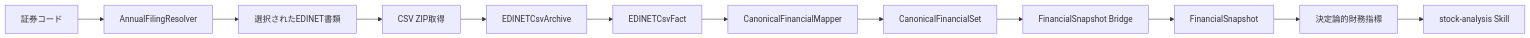
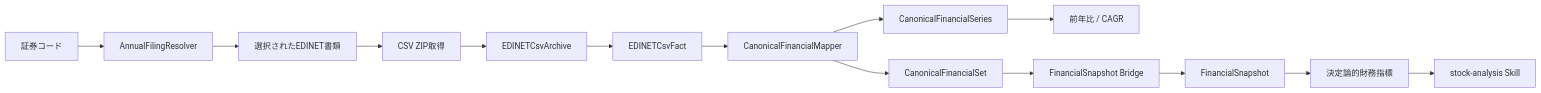
The diagram in docs/edinet-pipeline.ja.md (InvestorX/universal-stock-skill), drawn with Mermaid before and after one commit. The commit also changed other lines of this file, not shown here.

Commit message:
docs: add historical series flow to Japanese EDINET pipeline

```diff
--- a/docs/edinet-pipeline.ja.md
+++ b/docs/edinet-pipeline.ja.md
@@ -7,14 +7,16 @@
 ~~~mermaid
 flowchart LR
     S[証券コード] --> R[AnnualFilingResolver]
     R --> D[選択されたEDINET書類]
     D --> Z[CSV ZIP取得]
     Z --> P[EDINETCsvArchive]
     P --> F[EDINETCsvFact]
     F --> C[CanonicalFinancialMapper]
     C --> CF[CanonicalFinancialSet]
+    C --> TS[CanonicalFinancialSeries]
+    TS --> TR[前年比 / CAGR]
     CF --> B[FinancialSnapshot Bridge]
     B --> FS[FinancialSnapshot]
     FS --> M[決定論的財務指標]
     M --> A[stock-analysis Skill]
 ~~~
```
